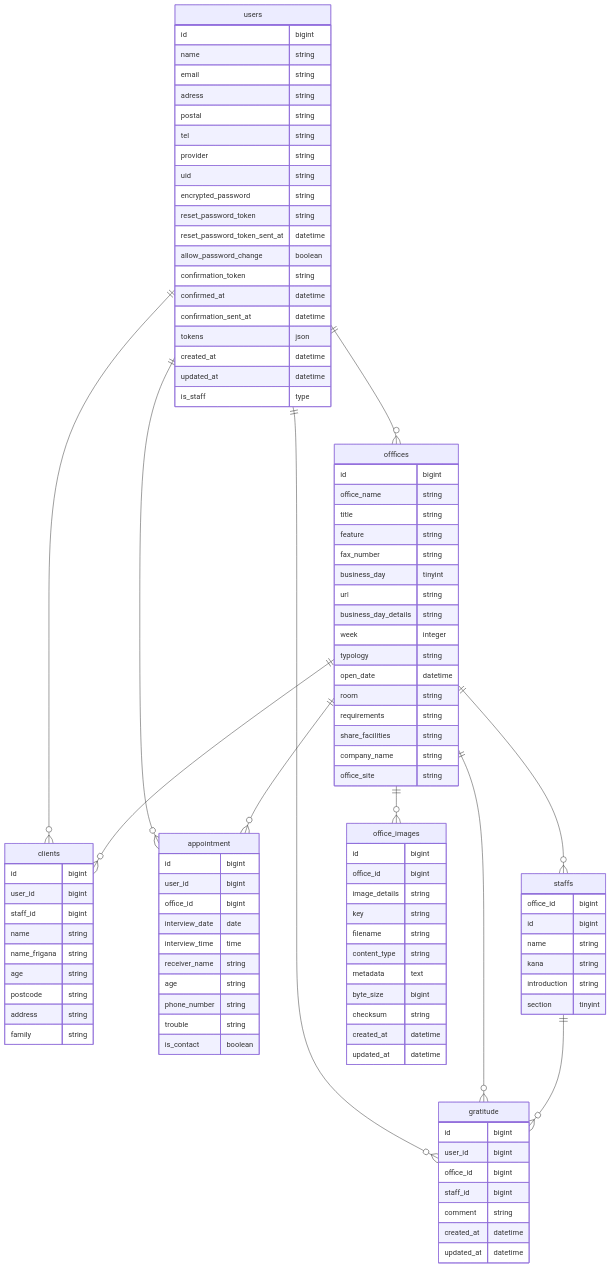
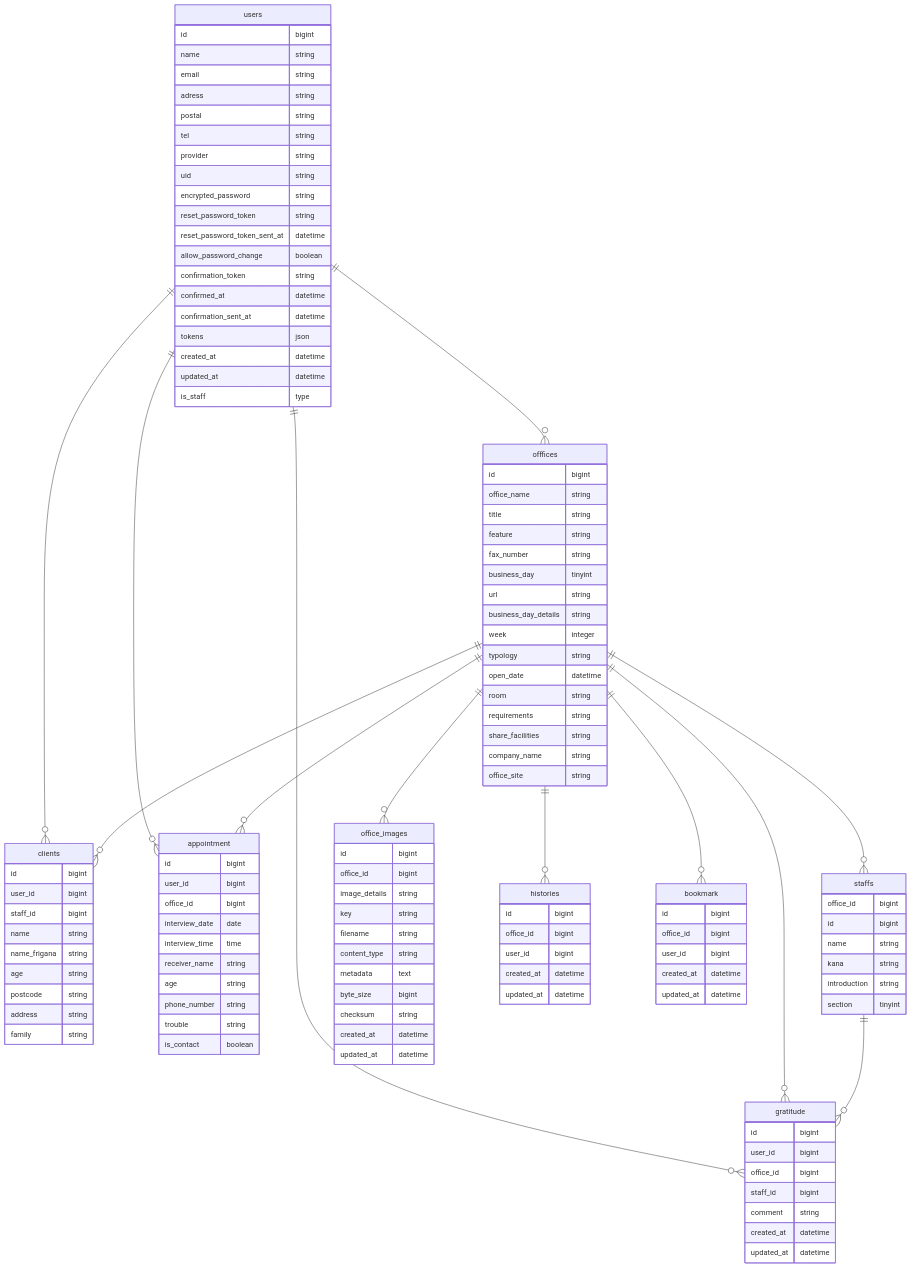
One commit to rtkjm22/homeCareNavi_2nd_API changed the diagram in README.md. Above: the diagram before and after it, drawn with Mermaid.

````diff
--- a/README.md
+++ b/README.md
@@ -44,6 +44,8 @@
     offfices ||--o{ appointment: ""
     offfices ||--o{ gratitude: ""
     offfices ||--o{ office_images: ""
+    offfices ||--o{ histories: ""
+    offfices ||--o{ bookmark: ""
     staffs ||--o{ gratitude: ""
 
 users {
@@ -143,4 +145,20 @@
   created_at datetime
   updated_at datetime
 }
+
+histories {
+  id bigint
+  office_id bigint
+  user_id bigint
+  created_at datetime
+  updated_at datetime
+}
+
+bookmark {
+  id bigint
+  office_id bigint
+  user_id bigint
+  created_at datetime
+  updated_at datetime
+}
 ```
````
